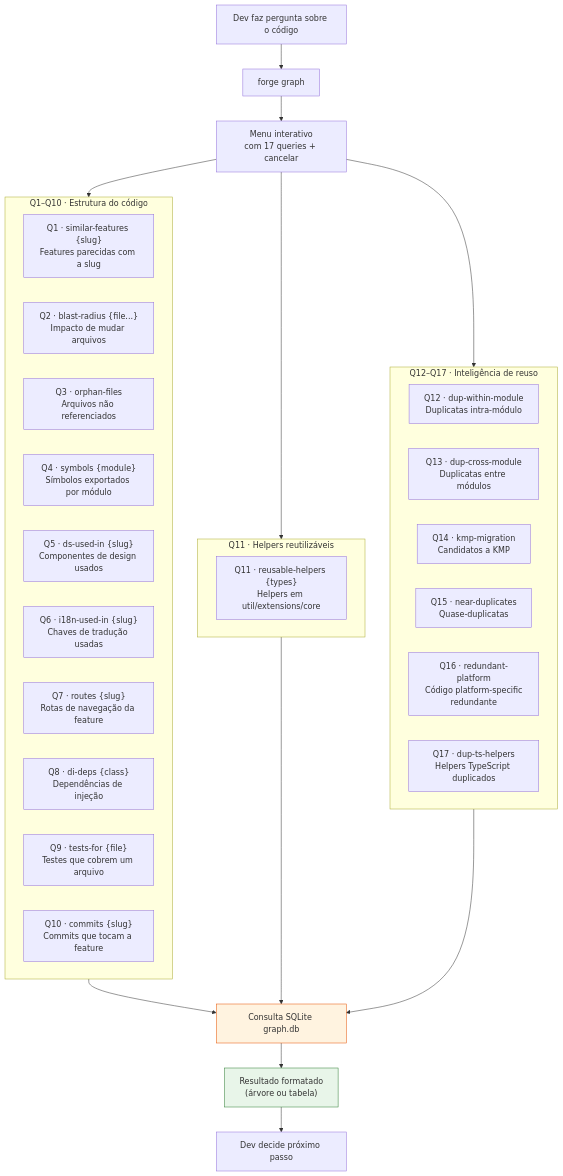
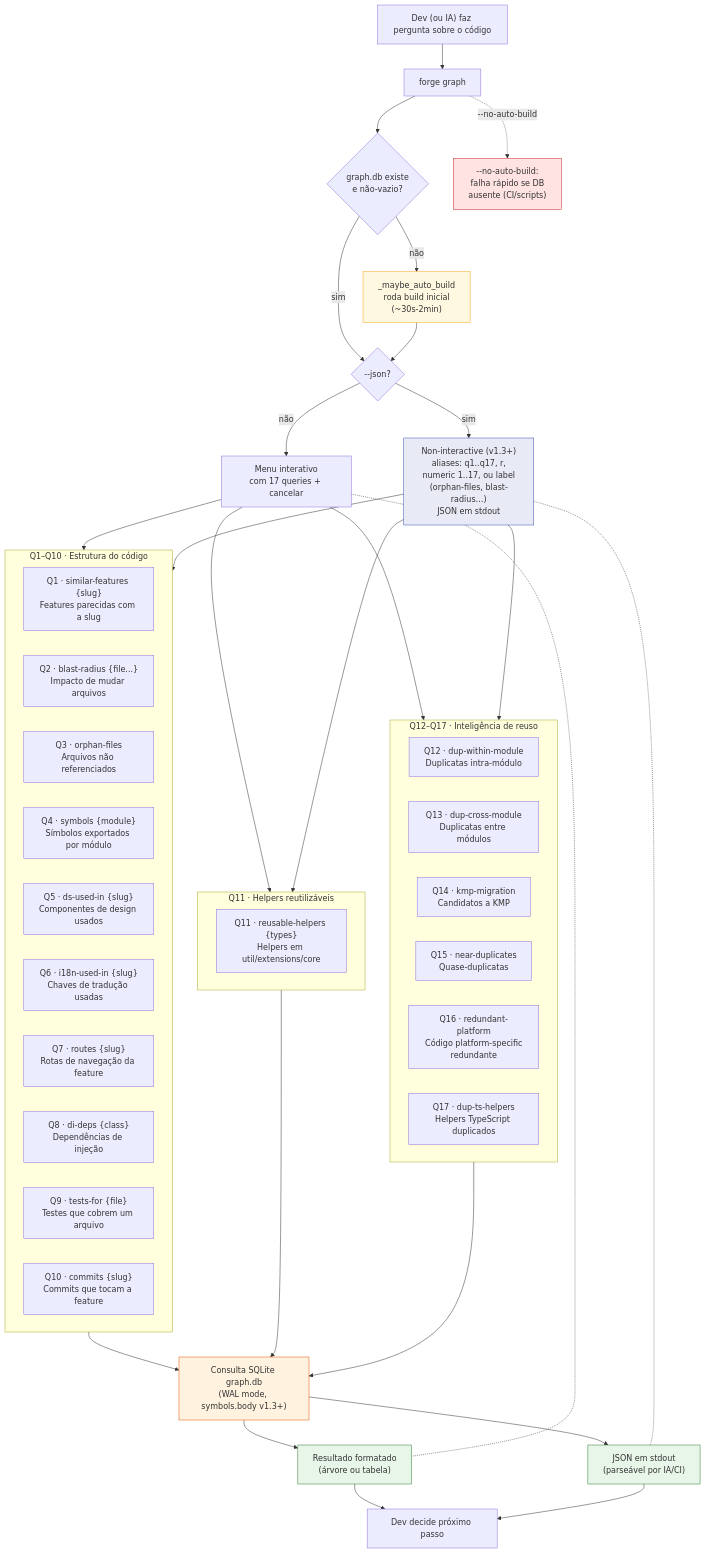
The diagram in docs/diagrams/graph-query-flow.mermaid (thgMatajs/feature-forge), drawn with Mermaid before and after one commit. The commit also changed 52 other files, not shown here.

First line of the commit message:
feat(graph-ia): v1.3.0 — graph evolution + master-review fix-pack (PR #16)

```diff
--- a/docs/diagrams/graph-query-flow.mermaid
+++ b/docs/diagrams/graph-query-flow.mermaid
@@ -1,48 +1,75 @@
 flowchart TD
-    USER["Dev faz pergunta sobre o código"]
+    USER["Dev (ou IA) faz pergunta sobre o código"]
     FORGE_GRAPH["forge graph"]
-    MENU["Menu interativo<br/>com 17 queries + cancelar"]
 
     USER --> FORGE_GRAPH
-    FORGE_GRAPH --> MENU
+
+    AUTOBUILD{"graph.db existe<br/>e não-vazio?"}
+    LAZY["_maybe_auto_build<br/>roda build inicial<br/>(~30s-2min)"]
+    BYPASS["--no-auto-build:<br/>falha rápido se DB<br/>ausente (CI/scripts)"]
+
+    FORGE_GRAPH --> AUTOBUILD
+    AUTOBUILD -->|"não"| LAZY
+    AUTOBUILD -->|"sim"| MODE
+    LAZY --> MODE
+    FORGE_GRAPH -.->|"--no-auto-build"| BYPASS
+
+    MODE{"--json?"}
+    MENU["Menu interativo<br/>com 17 queries + cancelar"]
+    JSON_MODE["Non-interactive (v1.3+)<br/>aliases: q1..q17, r,<br/>numeric 1..17, ou label<br/>(orphan-files, blast-radius…)<br/>JSON em stdout"]
+
+    MODE -->|"não"| MENU
+    MODE -->|"sim"| JSON_MODE
 
     subgraph ESTRUTURA["Q1–Q10 · Estrutura do código"]
         Q1["Q1 · similar-features {slug}<br/>Features parecidas com a slug"]
         Q2["Q2 · blast-radius {file...}<br/>Impacto de mudar arquivos"]
         Q3["Q3 · orphan-files<br/>Arquivos não referenciados"]
         Q4["Q4 · symbols {module}<br/>Símbolos exportados por módulo"]
         Q5["Q5 · ds-used-in {slug}<br/>Componentes de design usados"]
         Q6["Q6 · i18n-used-in {slug}<br/>Chaves de tradução usadas"]
         Q7["Q7 · routes {slug}<br/>Rotas de navegação da feature"]
         Q8["Q8 · di-deps {class}<br/>Dependências de injeção"]
         Q9["Q9 · tests-for {file}<br/>Testes que cobrem um arquivo"]
         Q10["Q10 · commits {slug}<br/>Commits que tocam a feature"]
     end
 
     subgraph REUSO["Q11 · Helpers reutilizáveis"]
         Q11["Q11 · reusable-helpers {types}<br/>Helpers em util/extensions/core"]
     end
 
     subgraph INTELIGENCIA["Q12–Q17 · Inteligência de reuso"]
         Q12["Q12 · dup-within-module<br/>Duplicatas intra-módulo"]
         Q13["Q13 · dup-cross-module<br/>Duplicatas entre módulos"]
         Q14["Q14 · kmp-migration<br/>Candidatos a KMP"]
         Q15["Q15 · near-duplicates<br/>Quase-duplicatas"]
         Q16["Q16 · redundant-platform<br/>Código platform-specific<br/>redundante"]
         Q17["Q17 · dup-ts-helpers<br/>Helpers TypeScript duplicados"]
     end
 
     MENU --> ESTRUTURA
     MENU --> REUSO
     MENU --> INTELIGENCIA
+    JSON_MODE --> ESTRUTURA
+    JSON_MODE --> REUSO
+    JSON_MODE --> INTELIGENCIA
 
-    ESTRUTURA --> SQLITE["Consulta SQLite graph.db"]
+    ESTRUTURA --> SQLITE["Consulta SQLite graph.db<br/>(WAL mode, symbols.body v1.3+)"]
     REUSO --> SQLITE
     INTELIGENCIA --> SQLITE
 
-    SQLITE --> RESULTADO["Resultado formatado<br/>(árvore ou tabela)"]
+    SQLITE --> RESULTADO_INT["Resultado formatado<br/>(árvore ou tabela)"]
+    SQLITE --> RESULTADO_JSON["JSON em stdout<br/>(parseável por IA/CI)"]
 
-    RESULTADO --> DECISAO["Dev decide próximo passo"]
+    MENU -.- RESULTADO_INT
+    JSON_MODE -.- RESULTADO_JSON
+
+    RESULTADO_INT --> DECISAO["Dev decide próximo passo"]
+    RESULTADO_JSON --> DECISAO
 
     style SQLITE fill:#fff3e0,stroke:#e65100
-    style RESULTADO fill:#e8f5e9,stroke:#2e7d32
+    style RESULTADO_INT fill:#e8f5e9,stroke:#2e7d32
+    style RESULTADO_JSON fill:#e8f5e9,stroke:#2e7d32
+    style JSON_MODE fill:#e8eaf6,stroke:#3f51b5
+    style LAZY fill:#fff8e1,stroke:#f9a825
+    style BYPASS fill:#ffe3e3,stroke:#c62828
```
